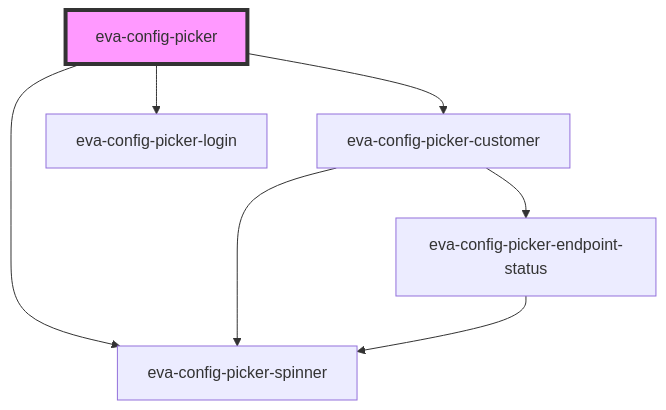
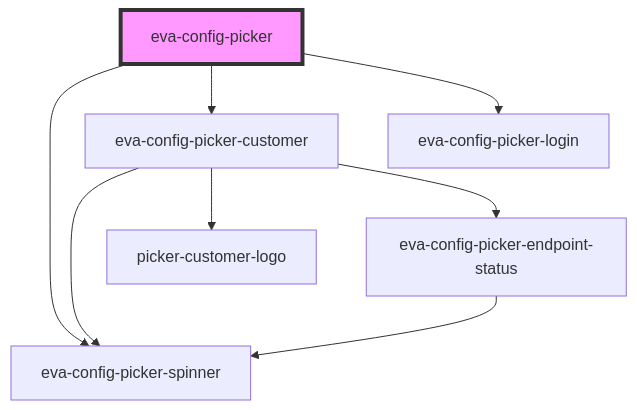
The diagram in src/components/picker/readme.md (springtreesolutions/eva-config-picker), drawn with Mermaid before and after one commit. The commit also changed 5 other files, not shown here.

````diff
--- a/src/components/picker/readme.md
+++ b/src/components/picker/readme.md
@@ -17,10 +17,11 @@
 ```mermaid
 graph TD;
   eva-config-picker --> eva-config-picker-spinner
   eva-config-picker --> eva-config-picker-customer
   eva-config-picker --> eva-config-picker-login
   eva-config-picker-customer --> eva-config-picker-spinner
+  eva-config-picker-customer --> picker-customer-logo
   eva-config-picker-customer --> eva-config-picker-endpoint-status
   eva-config-picker-endpoint-status --> eva-config-picker-spinner
   style eva-config-picker fill:#f9f,stroke:#333,stroke-width:4px
 ```
````
